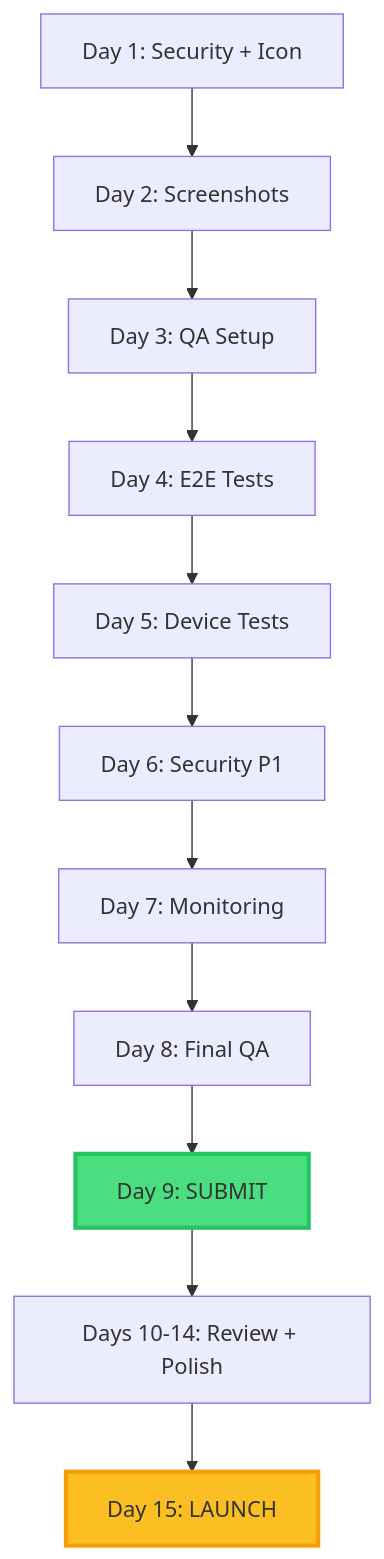
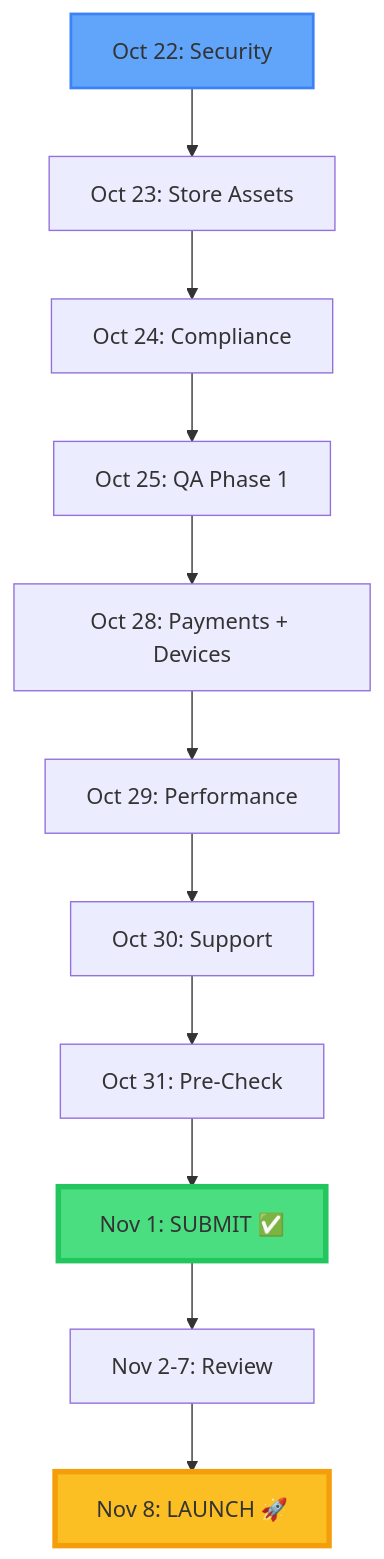
One commit to moulhanafi-ctrl/daily-vibe-quest changed the diagram in CRITICAL_PATH_TIMELINE.md. Above: the diagram before and after it, drawn with Mermaid. The commit also changed other lines of this file, not shown here.

Commit message:
Update critical path timeline

````diff
--- a/CRITICAL_PATH_TIMELINE.md
+++ b/CRITICAL_PATH_TIMELINE.md
@@ -176,16 +216,17 @@
 ```mermaid
 graph TD
-    A[Day 1: Security + Icon] --> B[Day 2: Screenshots]
-    B --> C[Day 3: QA Setup]
-    C --> D[Day 4: E2E Tests]
-    D --> E[Day 5: Device Tests]
-    E --> F[Day 6: Security P1]
-    F --> G[Day 7: Monitoring]
-    G --> H[Day 8: Final QA]
-    H --> I[Day 9: SUBMIT]
-    I --> J[Days 10-14: Review + Polish]
-    J --> K[Day 15: LAUNCH]
+    A[Oct 22: Security] --> B[Oct 23: Store Assets]
+    B --> C[Oct 24: Compliance]
+    C --> D[Oct 25: QA Phase 1]
+    D --> E[Oct 28: Payments + Devices]
+    E --> F[Oct 29: Performance]
+    F --> G[Oct 30: Support]
+    G --> H[Oct 31: Pre-Check]
+    H --> I[Nov 1: SUBMIT ✅]
+    I --> J[Nov 2-7: Review]
+    J --> K[Nov 8: LAUNCH 🚀]
     
-    style I fill:#4ade80,stroke:#22c55e,stroke-width:3px
-    style K fill:#fbbf24,stroke:#f59e0b,stroke-width:3px
+    style I fill:#4ade80,stroke:#22c55e,stroke-width:4px
+    style K fill:#fbbf24,stroke:#f59e0b,stroke-width:4px
+    style A fill:#60a5fa,stroke:#3b82f6,stroke-width:2px
 ```
````
